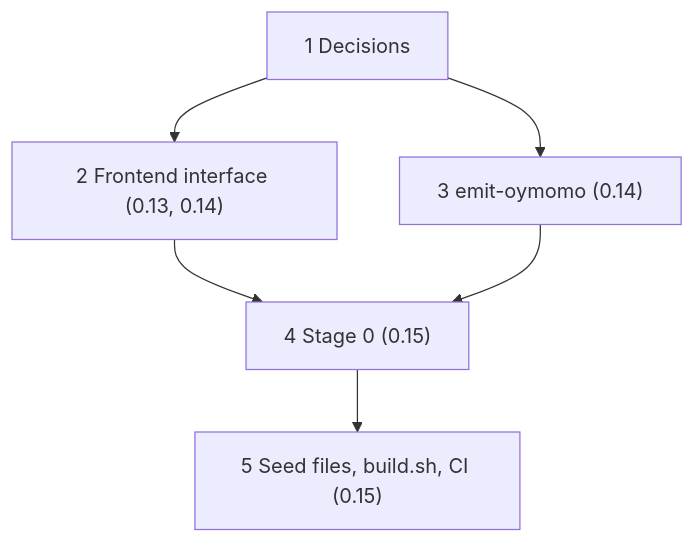
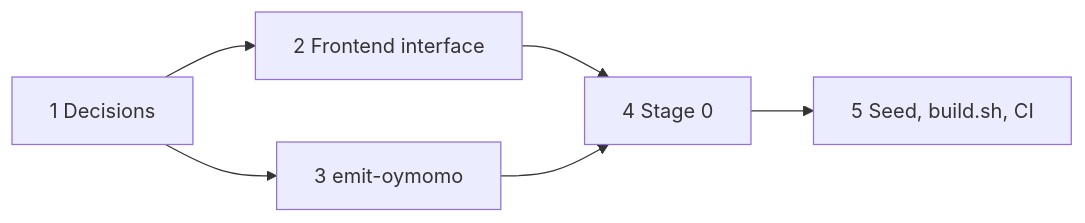
One commit to tapl-org/tapl changed the diagram in oymo/docs/plan_bootstrap.md. Above: the diagram before and after it, drawn with Mermaid. The commit also changed other lines of this file and 13 other files, not shown here.

````diff
--- a/oymo/docs/plan_bootstrap.md
+++ b/oymo/docs/plan_bootstrap.md
@@ -166,8 +66,8 @@
 ```mermaid
-flowchart TD
-  Q["1 Decisions"] --> FI["2 Frontend interface (0.13, 0.14)"]
-  Q --> EM["3 emit-oymomo (0.14)"]
-  FI --> S0["4 Stage 0 (0.15)"]
+flowchart LR
+  Q["1 Decisions"] --> FI["2 Frontend interface"]
+  Q --> EM["3 emit-oymomo"]
+  FI --> S0["4 Stage 0"]
   EM --> S0
-  S0 --> SEED["5 Seed files, build.sh, CI (0.15)"]
+  S0 --> SEED["5 Seed, build.sh, CI"]
 ```
````
